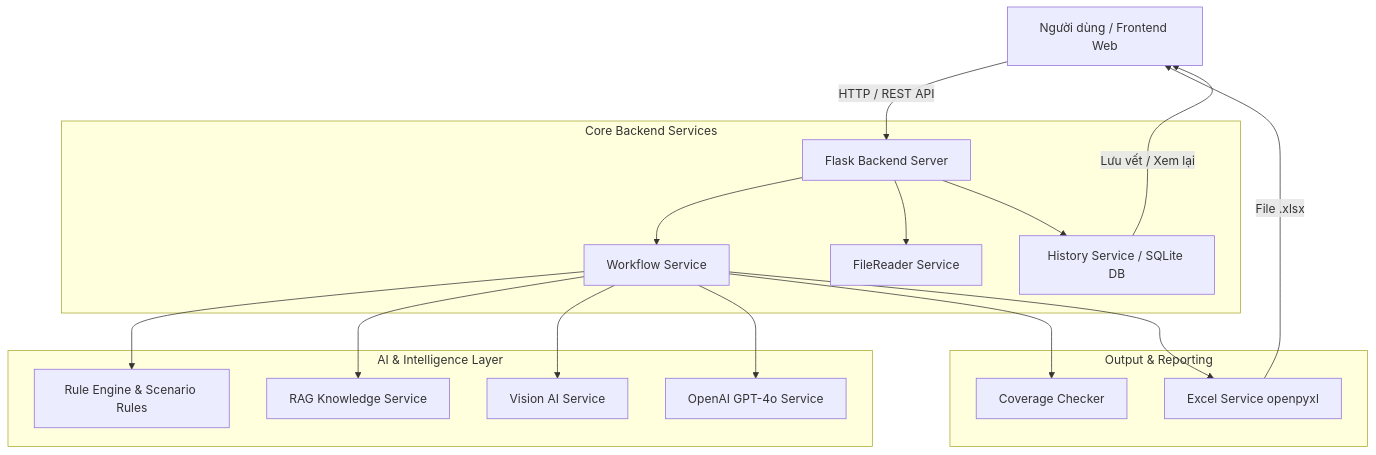
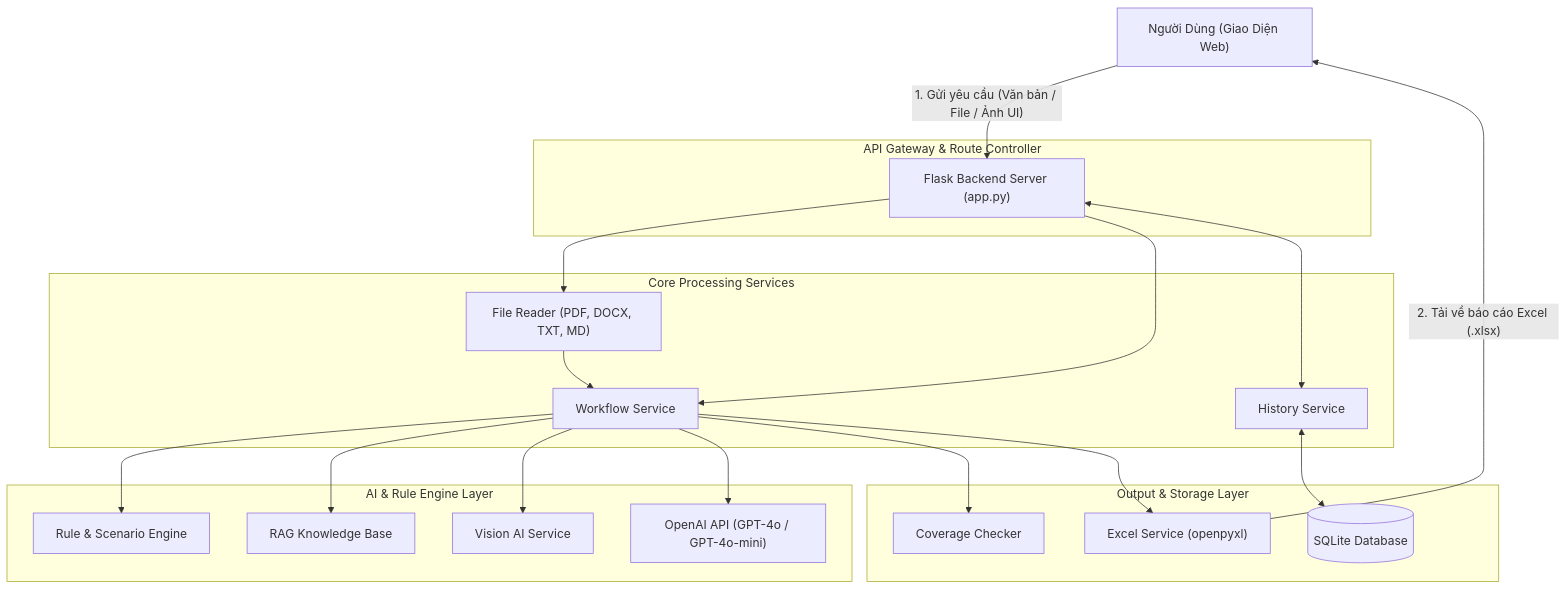
The diagram in README.md (tranbao0205-it/AI-TestCase-Generator), drawn with Mermaid before and after one commit. The commit also changed other lines of this file, not shown here.

````diff
--- a/README.md
+++ b/README.md
@@ -38,25 +39,45 @@
 ```mermaid
-graph TD
-    A[Người dùng / Frontend Web] -->|HTTP / REST API| B[Flask Backend Server]
+flowchart TD
+    User[" Người Dùng (Giao Diện Web)"]
     
-    subgraph "Core Backend Services"
-        B --> C[Workflow Service]
-        B --> D[FileReader Service]
-        B --> E[History Service / SQLite DB]
+    subgraph Gateway [" API Gateway & Route Controller"]
+        Flask["  Flask Backend Server (app.py)"]
     end
 
-    subgraph "AI & Intelligence Layer"
-        C --> F[Rule Engine & Scenario Rules]
-        C --> G[RAG Knowledge Service]
-        C --> H[Vision AI Service]
-        C --> I[OpenAI GPT-4o Service]
+    subgraph Services ["  Core Processing Services"]
+        FileReader["  File Reader (PDF, DOCX, TXT, MD)"]
+        Workflow["  Workflow Service"]
+        History["  History Service"]
     end
 
-    subgraph "Output & Reporting"
-        C --> J[Coverage Checker]
-        C --> K[Excel Service openpyxl]
+    subgraph Intelligence ["  AI & Rule Engine Layer"]
+        RuleEngine["  Rule & Scenario Engine"]
+        RAG["  RAG Knowledge Base"]
+        VisionAI["  Vision AI Service"]
+        OpenAI["  OpenAI API (GPT-4o / GPT-4o-mini)"]
     end
 
-    K -->|File .xlsx| A
-    E -->|Lưu vết / Xem lại| A
+    subgraph Output ["  Output & Storage Layer"]
+        Coverage["  Coverage Checker"]
+        Excel["  Excel Service (openpyxl)"]
+        DB[("  SQLite Database")]
+    end
+
+    User -->|"1. Gửi yêu cầu (Văn bản / File / Ảnh UI)"| Flask
+    
+    Flask --> FileReader
+    Flask --> Workflow
+    Flask <--> History
+
+    FileReader --> Workflow
+    Workflow --> RuleEngine
+    Workflow --> RAG
+    Workflow --> VisionAI
+    Workflow --> OpenAI
+
+    Workflow --> Coverage
+    Workflow --> Excel
+    History <--> DB
+
+    Excel -->|"2. Tải về báo cáo Excel (.xlsx)"| User
 ```
````
